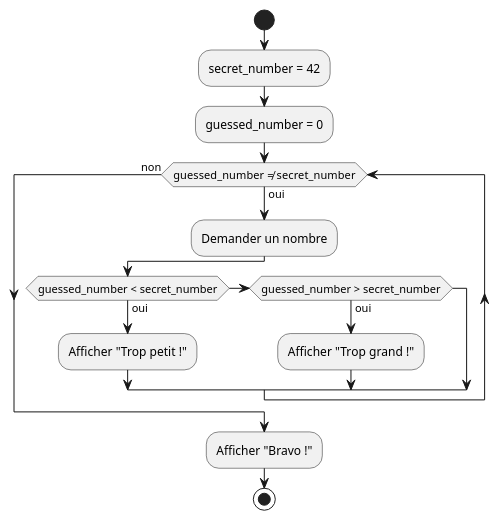
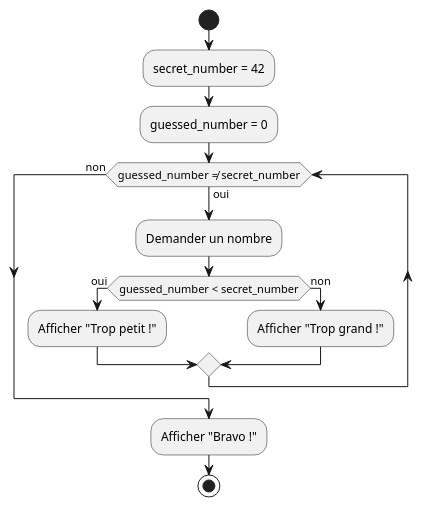
Before and after one commit to HEIG-VD-Prog-Course/HEIG-VD-ProgIM-Course: the fifth of 6 diagrams in 02.01-sequence-selection-iteration/01-supports-de-cours/README.md, drawn with PlantUML. The commit also changed other lines of this file and 14 other files, not shown here.

First line of the commit message:
Update course materials for sequence, selection, and iteration

````diff
--- a/02.01-sequence-selection-iteration/01-supports-de-cours/README.md
+++ b/02.01-sequence-selection-iteration/01-supports-de-cours/README.md
@@ -739,17 +734,17 @@
 ```plantuml
 @startuml
 start
 :secret_number = 42;
 :guessed_number = 0;
 while (guessed_number ≠ secret_number) is (oui)
     :Demander un nombre;
     if (guessed_number < secret_number) then (oui)
         :Afficher "Trop petit !";
-    elseif (guessed_number > secret_number) then (oui)
+    else (non)
         :Afficher "Trop grand !";
     endif
 endwhile (non)
 :Afficher "Bravo !";
 stop
 @enduml
 ```
````
